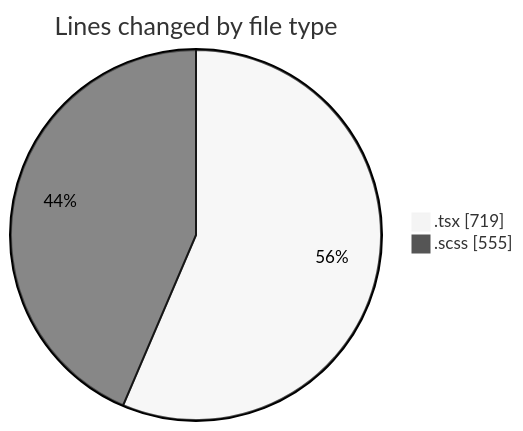
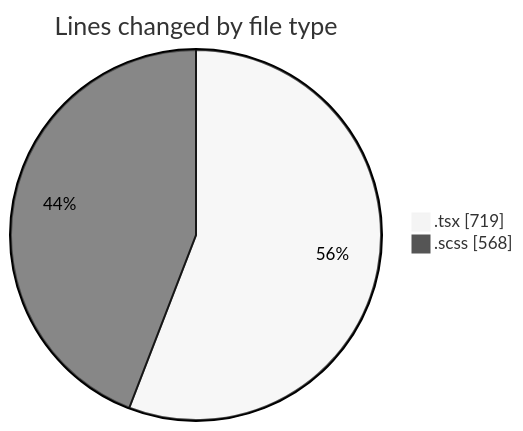
One commit to momahboobian/code-tracking changed the first of 2 diagrams in 2025-10-06/cda/README.md. Above: the diagram before and after it, drawn with Mermaid (neutral theme). The commit also changed other lines of this file and 1 other file, not shown here.

````diff
--- a/2025-10-06/cda/README.md
+++ b/2025-10-06/cda/README.md
@@ -24,6 +24,6 @@
 ```mermaid
 pie showData
 title Lines changed by file type
 ".tsx" : 719
-".scss" : 555
+".scss" : 568
 ```
````
